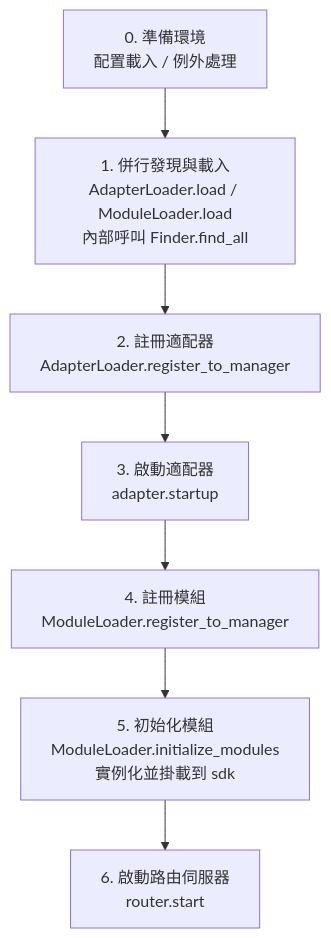
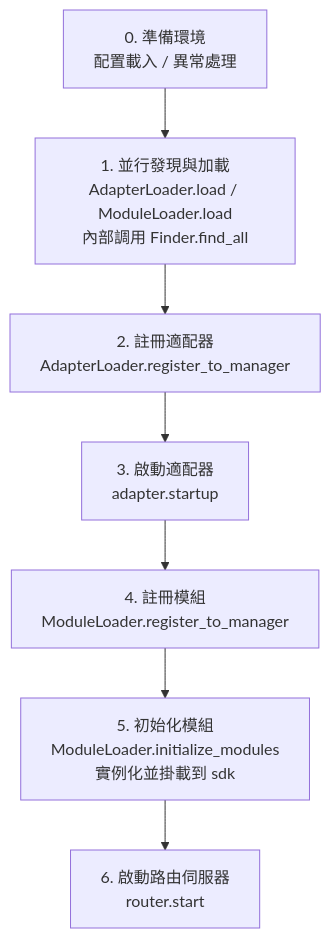
One commit to ErisPulse/ErisPulse changed the diagram in docs/zh-TW/advanced/startup.md. Above: the diagram before and after it, drawn with Mermaid. The commit also changed other lines of this file and 75 other files, not shown here.

````diff
--- a/docs/zh-TW/advanced/startup.md
+++ b/docs/zh-TW/advanced/startup.md
@@ -31,10 +31,10 @@
 ```mermaid
 flowchart TD
-    A[0. 準備環境<br/>配置載入 / 例外處理] --> B
-    B[1. 併行發現與載入<br/>AdapterLoader.load / ModuleLoader.load<br/>內部呼叫 Finder.find_all] --> C
+    A[0. 準備環境<br/>配置載入 / 異常處理] --> B
+    B[1. 並行發現與加載<br/>AdapterLoader.load / ModuleLoader.load<br/>內部調用 Finder.find_all] --> C
     C[2. 註冊適配器<br/>AdapterLoader.register_to_manager] --> D
     D[3. 啟動適配器<br/>adapter.startup] --> E
     E[4. 註冊模組<br/>ModuleLoader.register_to_manager] --> F
     F[5. 初始化模組<br/>ModuleLoader.initialize_modules<br/>實例化並掛載到 sdk] --> G
     G[6. 啟動路由伺服器<br/>router.start]
 ```
````
